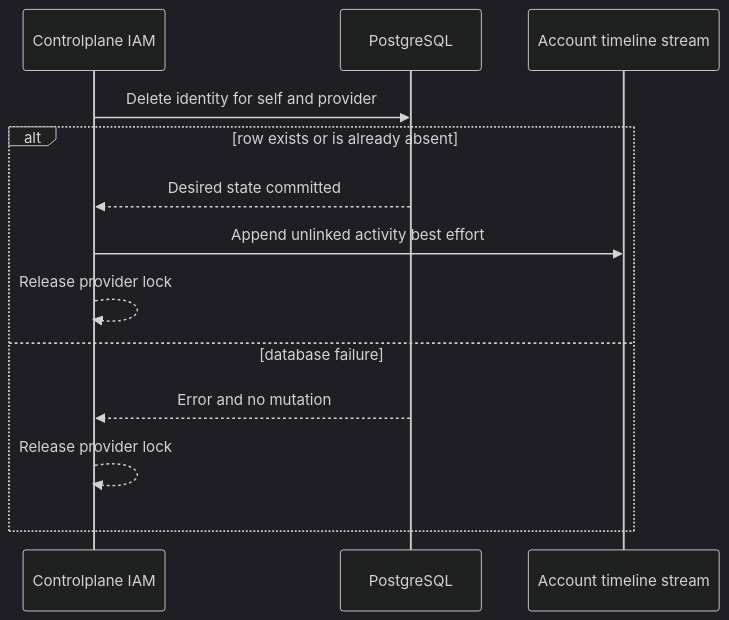
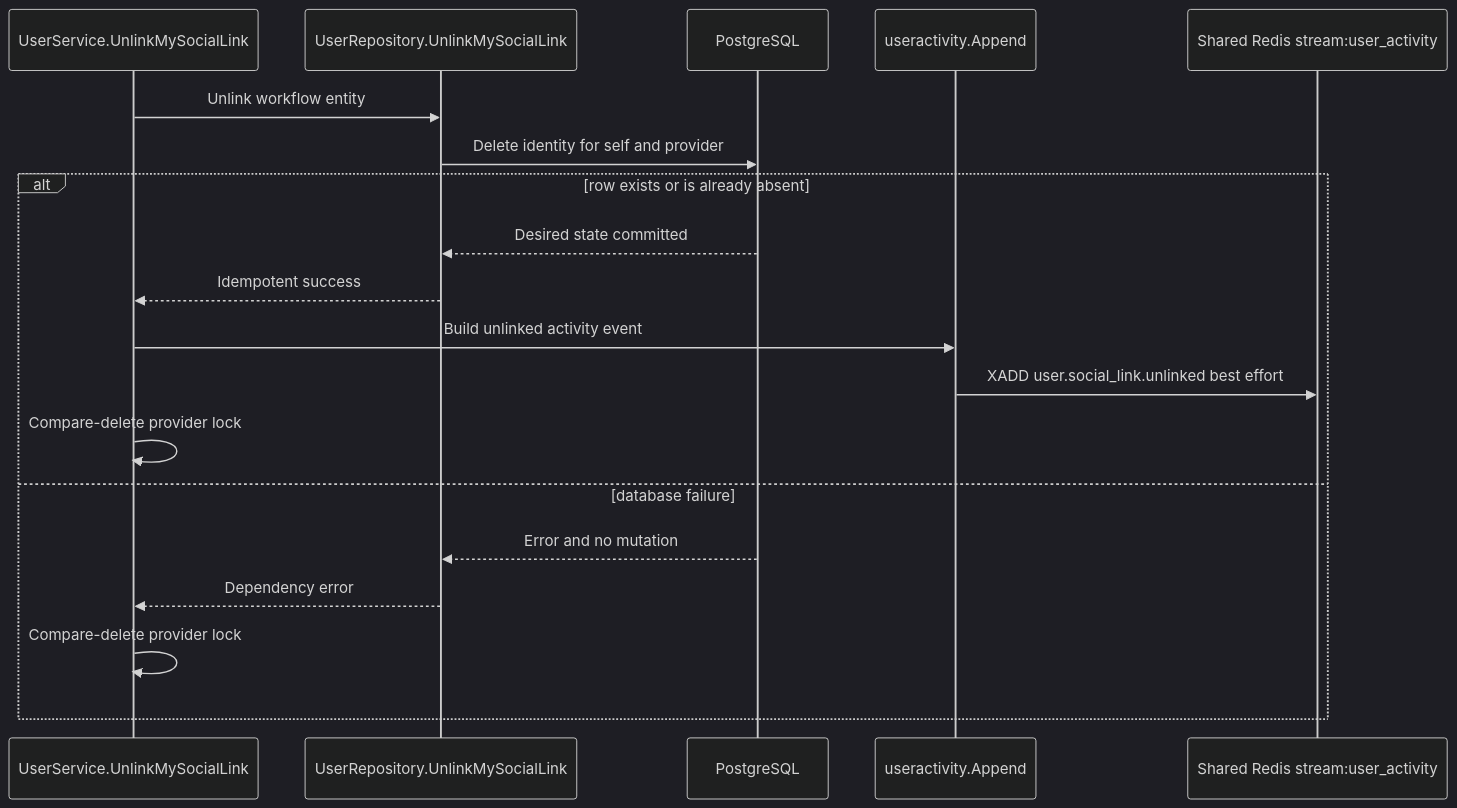
The third of 3 diagrams in god_view/iam/user_social_unlink_god_view_workflow.md (phucle996/aurora), drawn with Mermaid (dark theme) before and after one commit. The commit also changed other lines of this file and 165 other files, not shown here.

````diff
--- a/god_view/iam/user_social_unlink_god_view_workflow.md
+++ b/god_view/iam/user_social_unlink_god_view_workflow.md
@@ -67,16 +137,22 @@
 ```mermaid
 sequenceDiagram
-    participant IAM as Controlplane IAM
+    participant S as UserService.UnlinkMySocialLink
+    participant Repo as UserRepository.UnlinkMySocialLink
     participant DB as PostgreSQL
-    participant T as Account timeline stream
+    participant Activity as useractivity.Append
+    participant Stream as Shared Redis stream:user_activity
 
-    IAM->>DB: Delete identity for self and provider
+    S->>Repo: Unlink workflow entity
+    Repo->>DB: Delete identity for self and provider
     alt row exists or is already absent
-        DB-->>IAM: Desired state committed
-        IAM->>T: Append unlinked activity best effort
-        IAM-->>IAM: Release provider lock
+        DB-->>Repo: Desired state committed
+        Repo-->>S: Idempotent success
+        S->>Activity: Build unlinked activity event
+        Activity->>Stream: XADD user.social_link.unlinked best effort
+        S->>S: Compare-delete provider lock
     else database failure
-        DB-->>IAM: Error and no mutation
-        IAM-->>IAM: Release provider lock
+        DB-->>Repo: Error and no mutation
+        Repo-->>S: Dependency error
+        S->>S: Compare-delete provider lock
     end
 ```
````
